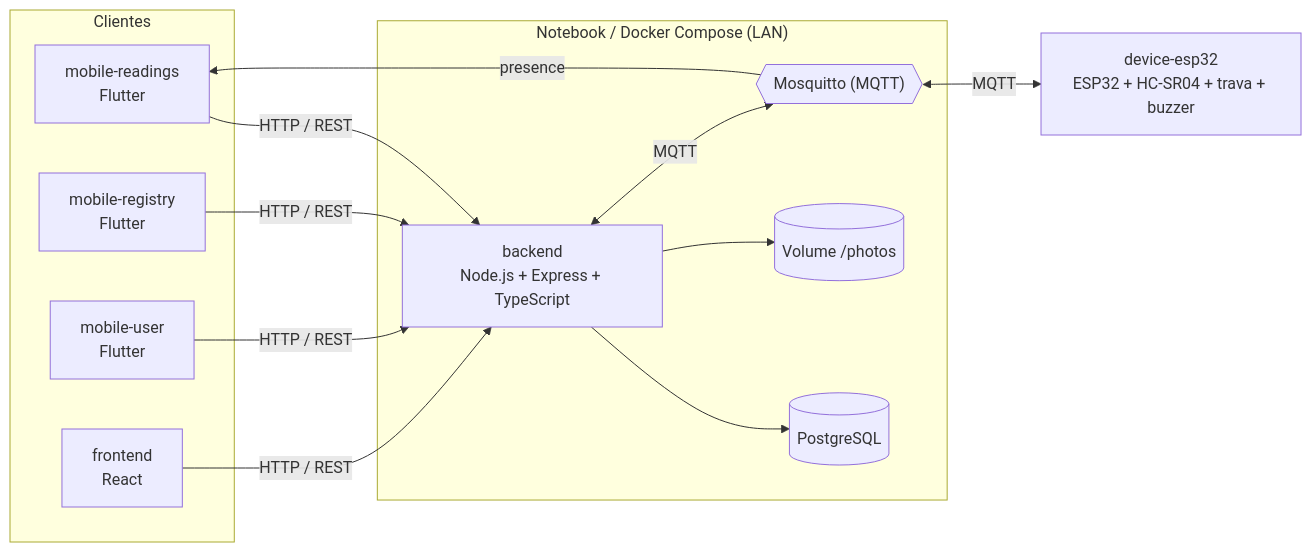
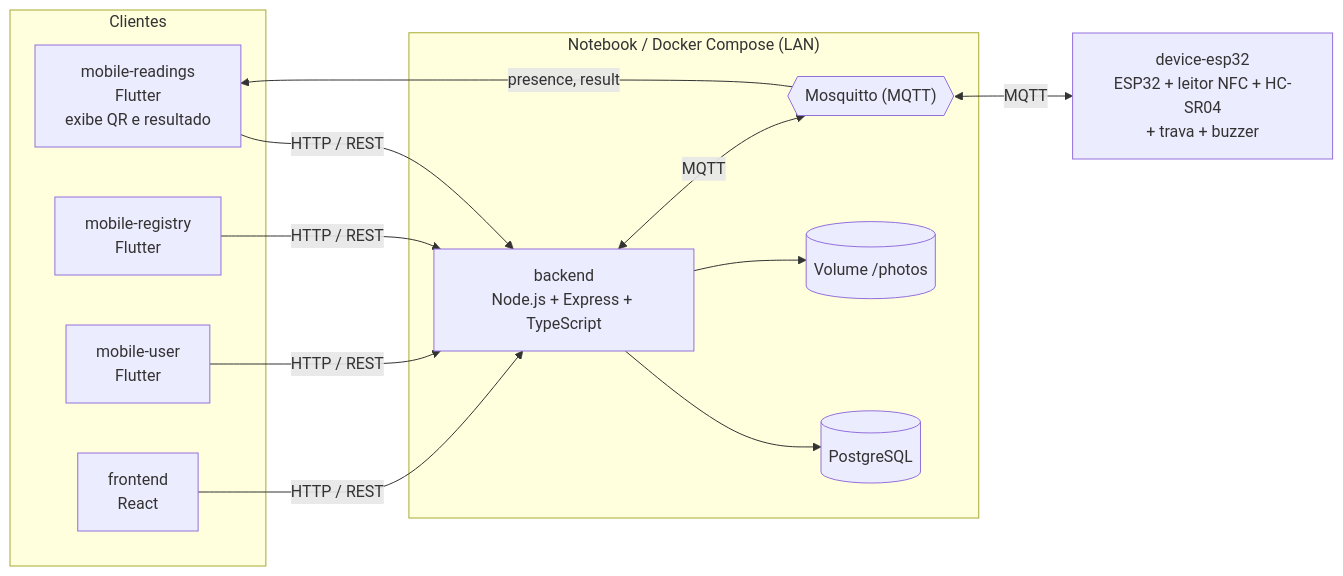
The first of 2 diagrams in README.md (Helloworld-fatec/access-control), drawn with Mermaid before and after one commit. The commit also changed other lines of this file and 3 other files, not shown here.

First line of the commit message:
docs: leitor NFC no ESP32 e ajustes de Scrum

````diff
--- a/README.md
+++ b/README.md
@@ -51,23 +51,23 @@
 ```mermaid
 flowchart LR
   subgraph Clientes
-    RD["mobile-readings<br/>Flutter"]
+    RD["mobile-readings<br/>Flutter<br/>exibe QR e resultado"]
     RG["mobile-registry<br/>Flutter"]
     US["mobile-user<br/>Flutter"]
     FE["frontend<br/>React"]
   end
   subgraph Servidor["Notebook / Docker Compose (LAN)"]
     BE["backend<br/>Node.js + Express + TypeScript"]
     DB[("PostgreSQL")]
     PH[("Volume /photos")]
     MQ{{"Mosquitto (MQTT)"}}
   end
-  ESP["device-esp32<br/>ESP32 + HC-SR04 + trava + buzzer"]
+  ESP["device-esp32<br/>ESP32 + leitor NFC + HC-SR04<br/>+ trava + buzzer"]
 
   RD & RG & US & FE -- "HTTP / REST" --> BE
   BE --> DB
   BE --> PH
   BE <-- "MQTT" --> MQ
   MQ <-- "MQTT" --> ESP
-  MQ -- "presence" --> RD
+  MQ -- "presence, result" --> RD
 ```
````
